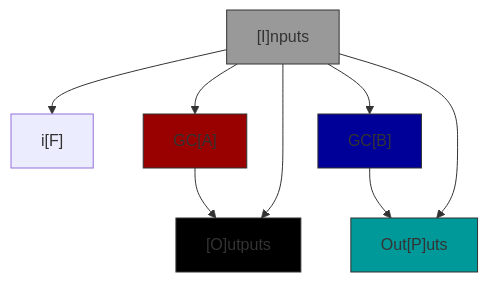
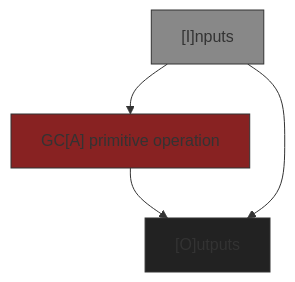
One commit to Shapedsundew9/erasmus-gp changed the sixth of 7 diagrams in egppy/egppy/genetic_code/docs/graph.md. Above: the diagram before and after it, drawn with Mermaid. The commit also changed other lines of this file and 18 other files, not shown here.

````diff
--- a/egppy/egppy/genetic_code/docs/graph.md
+++ b/egppy/egppy/genetic_code/docs/graph.md
@@ -81,28 +228,17 @@
 ```mermaid
-%% Conditional GC
+%% Primitive GC
 flowchart TB
     I["[I]nputs"]
-    F["i[F]"]
-    A["GC[A]"]
-    B["GC[B]"]
+    A["GC[A] primitive operation"]
     O["[O]utputs"]
-    P["Out[P]uts"]
-    I --> F
     I --> A --> O
-    B --> P
-    I --> B
     I --> O
-    I --> P
     
-classDef Icd fill:#999,stroke:#333,stroke-width:1px
-classDef Acd fill:#900,stroke:#333,stroke-width:1px
-classDef Bcd fill:#009,stroke:#333,stroke-width:1px
-classDef Ocd fill:#000,stroke:#333,stroke-width:1px
-classDef Pcd fill:#099,stroke:#333,stroke-width:1px
+classDef Icd fill:#888888,stroke:#333,stroke-width:1px
+classDef Acd fill:#882222,stroke:#333,stroke-width:1px
+classDef Ocd fill:#222222,stroke:#333,stroke-width:1px
 
 class I Icd
 class A Acd
-class B Bcd
 class O Ocd
-class P Pcd
 ```
````
